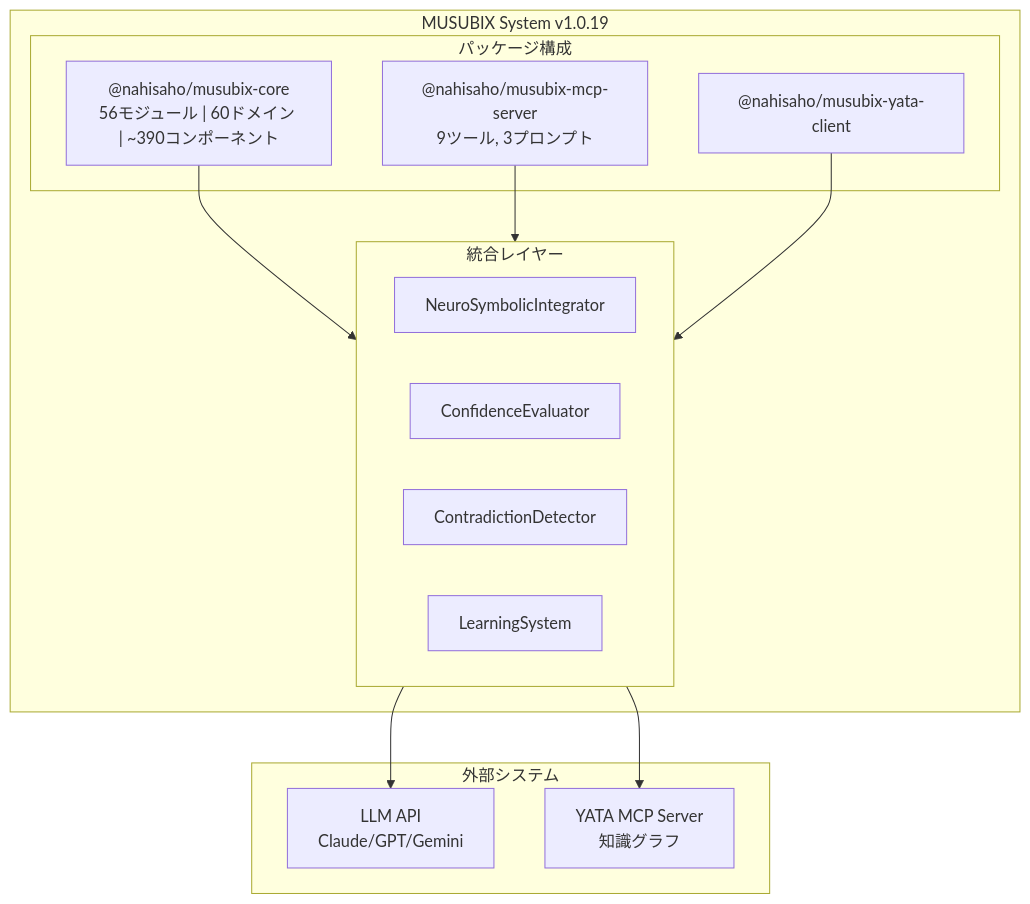
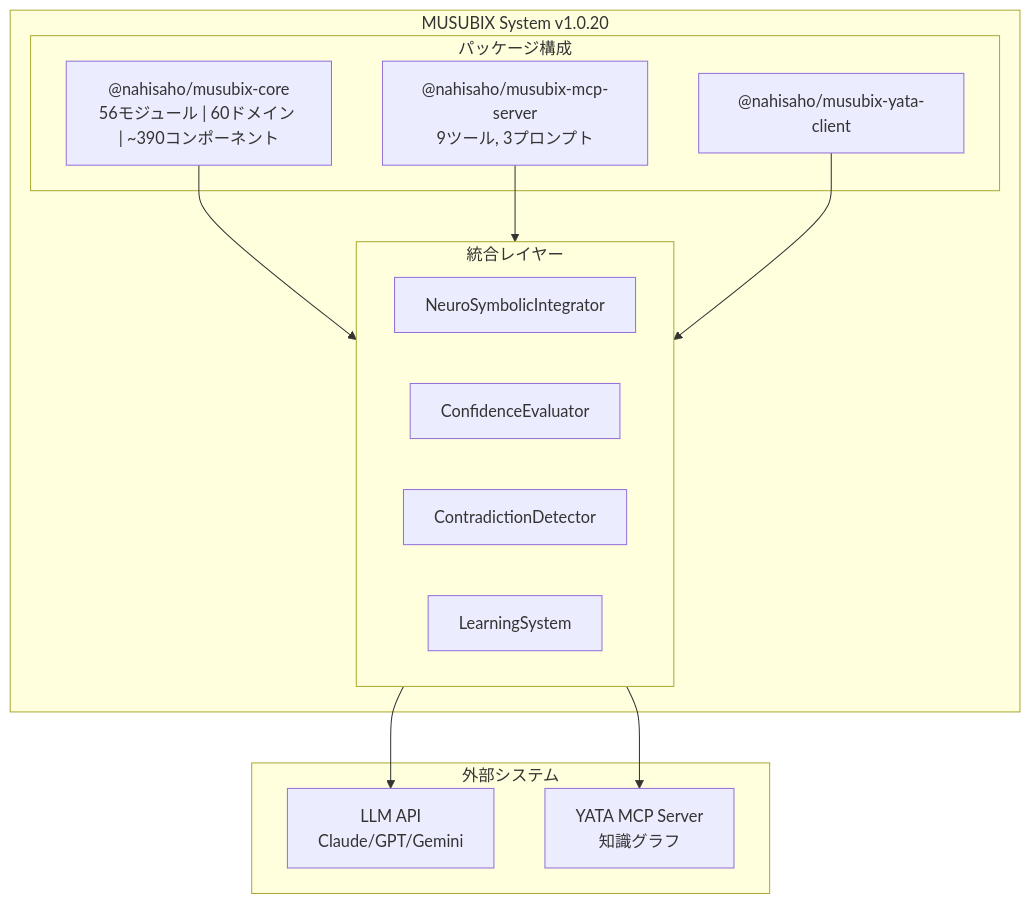
One commit to Takashi-So/MUSUBIX changed the ninth of 19 diagrams in docs/evolution-from-musubi-to-musubix.md. Above: the diagram before and after it, drawn with Mermaid. The commit also changed other lines of this file and 5 other files, not shown here.

````diff
--- a/docs/evolution-from-musubi-to-musubix.md
+++ b/docs/evolution-from-musubi-to-musubix.md
@@ -278,29 +278,29 @@
 ```mermaid
 flowchart TB
-    subgraph MUSUBIX["MUSUBIX System v1.0.19"]
+    subgraph MUSUBIX["MUSUBIX System v1.0.20"]
         subgraph Packages["パッケージ構成"]
             Core["@nahisaho/musubix-core<br/>56モジュール | 60ドメイン | ~390コンポーネント"]
             MCP["@nahisaho/musubix-mcp-server<br/>9ツール, 3プロンプト"]
             YATA_Client["@nahisaho/musubix-yata-client"]
         end
         
         subgraph Integration["統合レイヤー"]
             NSI["NeuroSymbolicIntegrator"]
             CE["ConfidenceEvaluator"]
             CD["ContradictionDetector"]
             LS["LearningSystem"]
         end
         
         Core --> Integration
         MCP --> Integration
         YATA_Client --> Integration
     end
     
     subgraph External["外部システム"]
         LLM["LLM API<br/>Claude/GPT/Gemini"]
         YATA_Server["YATA MCP Server<br/>知識グラフ"]
     end
     
     Integration --> LLM
     Integration --> YATA_Server
 ```
````
